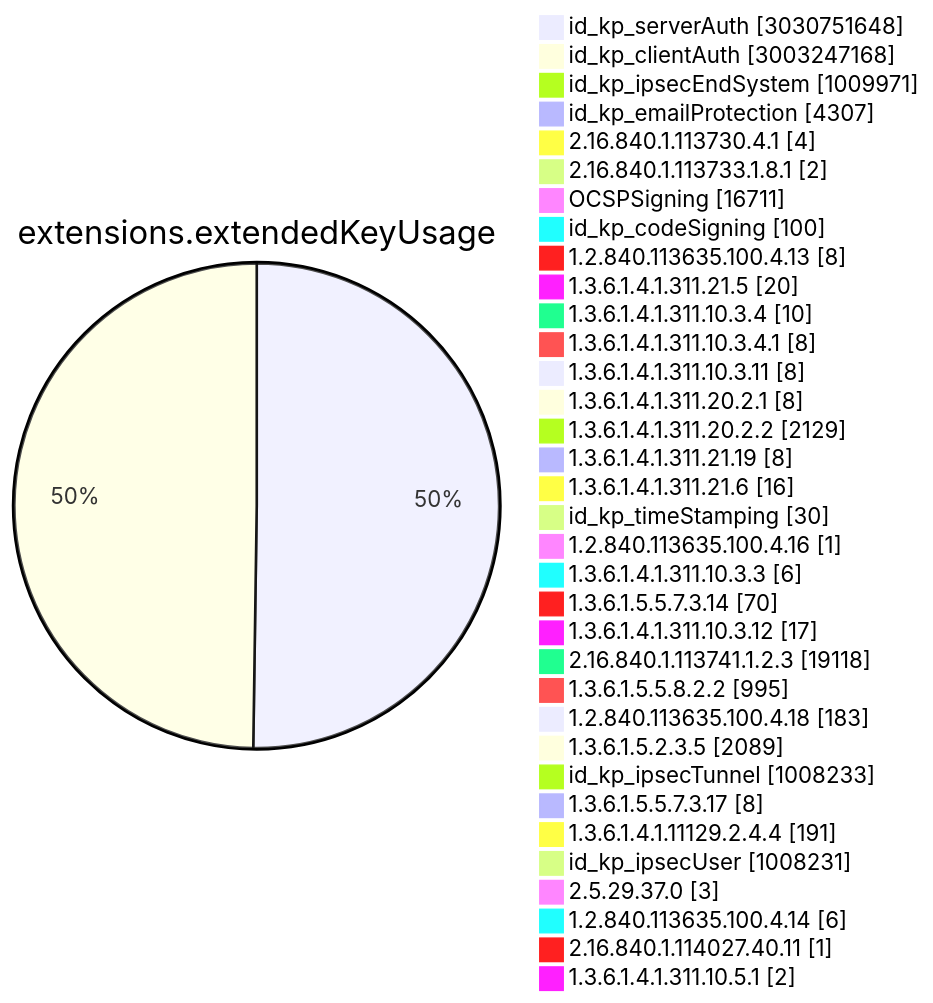
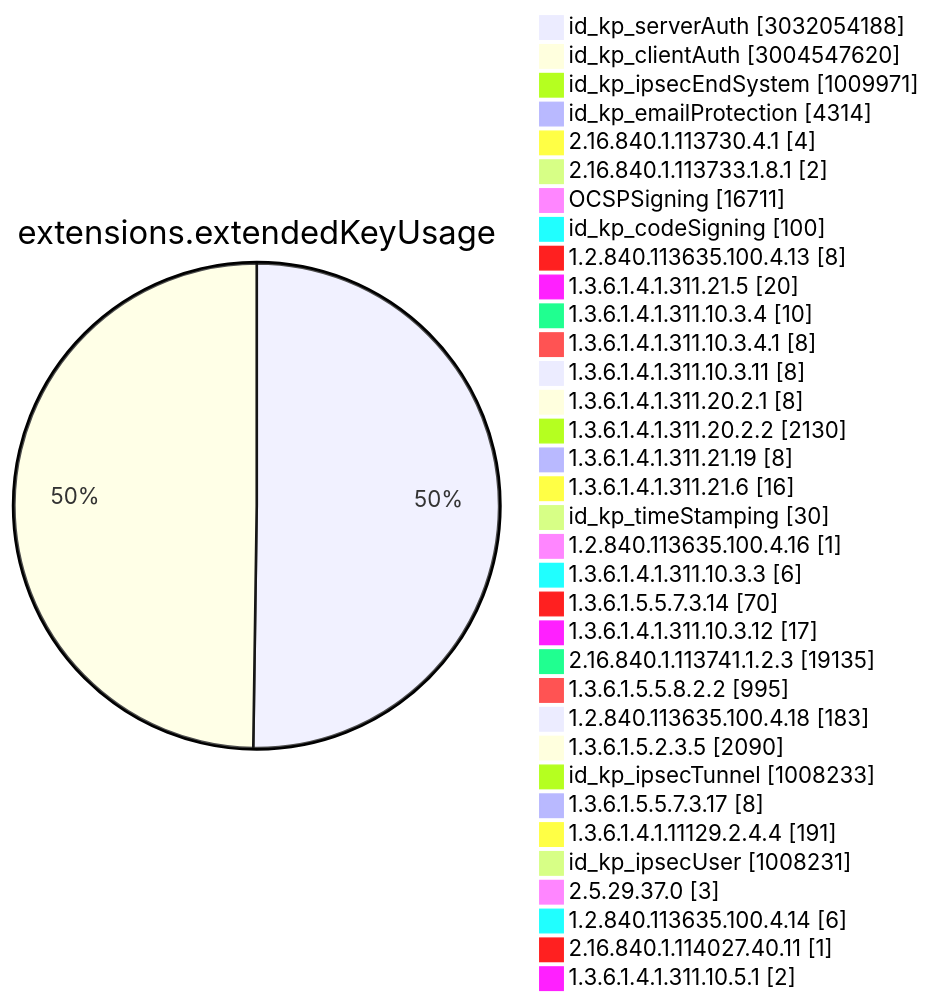
Diagram 11 of 15 in TOTAL/README.md (christiankrug/ctmonitor_visualization), drawn with Mermaid before and after one commit. The commit also changed other lines of this file, not shown here.

````diff
--- a/TOTAL/README.md
+++ b/TOTAL/README.md
@@ -4111,38 +4111,38 @@
 ```mermaid
 pie showData
 title extensions.extendedKeyUsage
-"id_kp_serverAuth" :3030751648
-"id_kp_clientAuth" :3003247168
+"id_kp_serverAuth" :3032054188
+"id_kp_clientAuth" :3004547620
 "id_kp_ipsecEndSystem" :1009971
-"id_kp_emailProtection" :4307
+"id_kp_emailProtection" :4314
 "2.16.840.1.113730.4.1" :4
 "2.16.840.1.113733.1.8.1" :2
 "OCSPSigning" :16711
 "id_kp_codeSigning" :100
 "1.2.840.113635.100.4.13" :8
 "1.3.6.1.4.1.311.21.5" :20
 "1.3.6.1.4.1.311.10.3.4" :10
 "1.3.6.1.4.1.311.10.3.4.1" :8
 "1.3.6.1.4.1.311.10.3.11" :8
 "1.3.6.1.4.1.311.20.2.1" :8
-"1.3.6.1.4.1.311.20.2.2" :2129
+"1.3.6.1.4.1.311.20.2.2" :2130
 "1.3.6.1.4.1.311.21.19" :8
 "1.3.6.1.4.1.311.21.6" :16
 "id_kp_timeStamping" :30
 "1.2.840.113635.100.4.16" :1
 "1.3.6.1.4.1.311.10.3.3" :6
 "1.3.6.1.5.5.7.3.14" :70
 "1.3.6.1.4.1.311.10.3.12" :17
-"2.16.840.1.113741.1.2.3" :19118
+"2.16.840.1.113741.1.2.3" :19135
 "1.3.6.1.5.5.8.2.2" :995
 "1.2.840.113635.100.4.18" :183
-"1.3.6.1.5.2.3.5" :2089
+"1.3.6.1.5.2.3.5" :2090
 "id_kp_ipsecTunnel" :1008233
 "1.3.6.1.5.5.7.3.17" :8
 "1.3.6.1.4.1.11129.2.4.4" :191
 "id_kp_ipsecUser" :1008231
 "2.5.29.37.0" :3
 "1.2.840.113635.100.4.14" :6
 "2.16.840.1.114027.40.11" :1
 "1.3.6.1.4.1.311.10.5.1" :2
 ```
````
